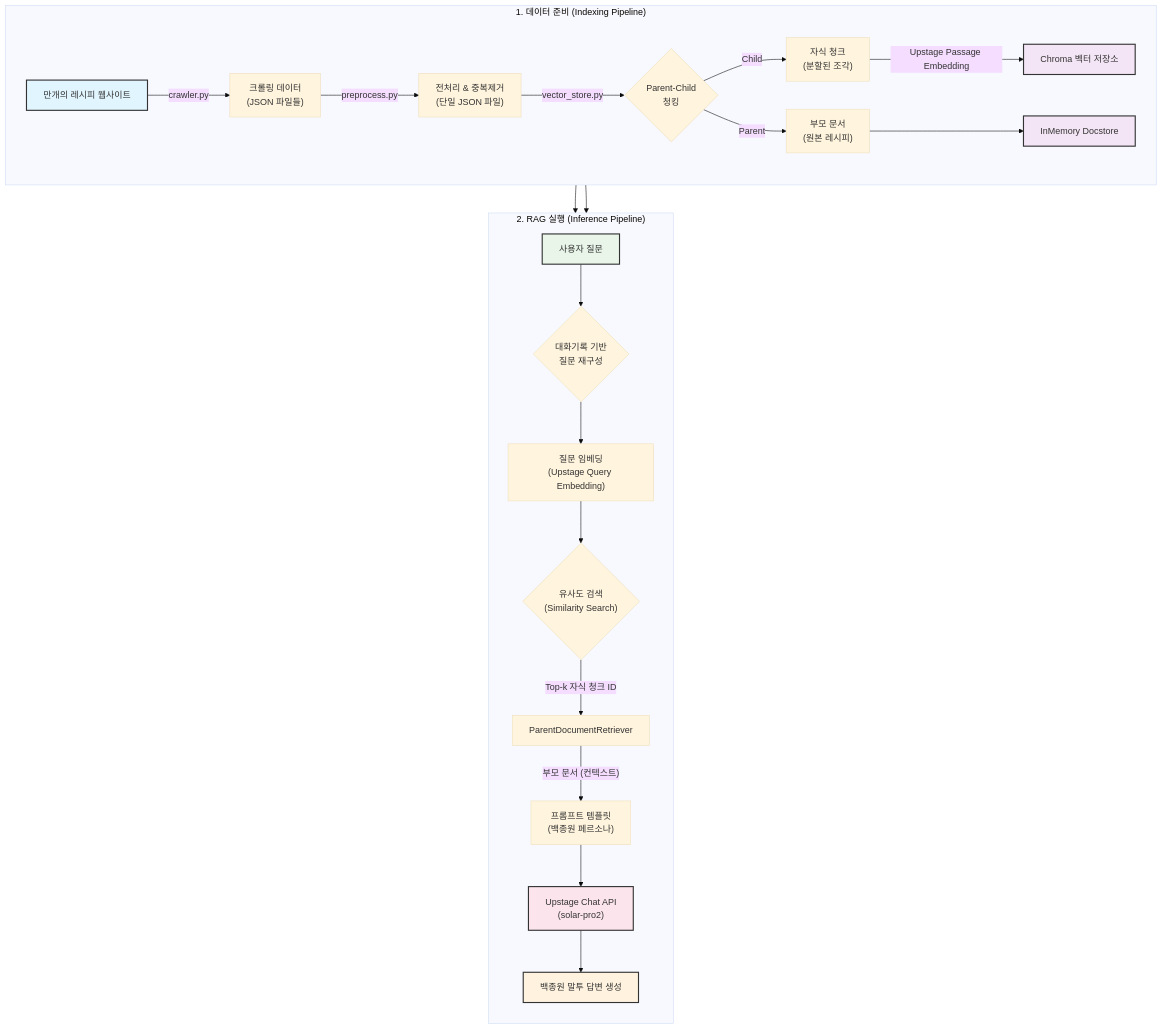
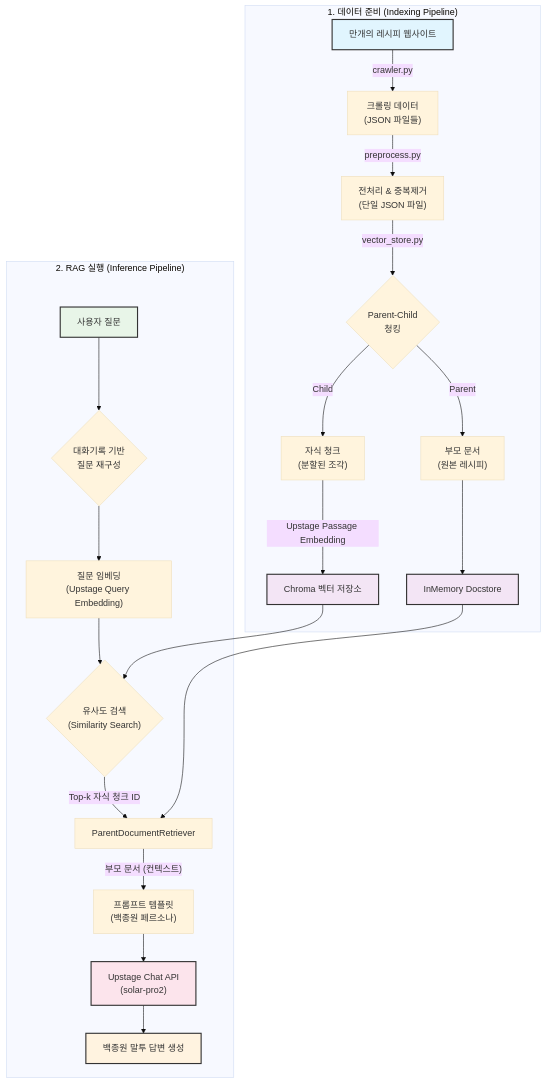
The diagram in README.md (ohseungtae/upstageailab-langchain-pjt-langchain_3), drawn with Mermaid (base theme) before and after one commit. The commit also changed other lines of this file, not shown here.

````diff
--- a/README.md
+++ b/README.md
@@ -176,33 +180,32 @@
 ```mermaid
 flowchart TD
-    subgraph "1. 데이터 준비 (Indexing Pipeline)"
-        direction LR
-        A["만개의 레시피 웹사이트"] -->|crawler.py| B["크롤링 데이터<br>(JSON 파일들)"]
-        B -->|preprocess.py| C["전처리 & 중복제거<br>(단일 JSON 파일)"]
-        C -->|vector_store.py| D{"Parent-Child<br>청킹"}
-        D -->|Parent| E["부모 문서<br>(원본 레시피)"]
-        D -->|Child| F["자식 청크<br>(분할된 조각)"]
+    subgraph indexing ["1. 데이터 준비 (Indexing Pipeline)"]
+        A["만개의 레시피 웹사이트"] -->|crawler.py| B["크롤링 데이터<br/>(JSON 파일들)"]
+        B -->|preprocess.py| C["전처리 & 중복제거<br/>(단일 JSON 파일)"]
+        C -->|vector_store.py| D{"Parent-Child<br/>청킹"}
+        D -->|Parent| E["부모 문서<br/>(원본 레시피)"]
+        D -->|Child| F["자식 청크<br/>(분할된 조각)"]
         F -->|Upstage Passage Embedding| G["Chroma 벡터 저장소"]
         E --> H["InMemory Docstore"]
     end
-
-    subgraph "2. RAG 실행 (Inference Pipeline)"
-        direction TD
-        J["사용자 질문"] --> K{"대화기록 기반<br>질문 재구성"}
-        K --> L["질문 임베딩<br>(Upstage Query Embedding)"]
-        L --> M{"유사도 검색<br>(Similarity Search)"}
-        G --> M
-        H --> N
+    
+    subgraph inference ["2. RAG 실행 (Inference Pipeline)"]
+        J["사용자 질문"] --> K{"대화기록 기반<br/>질문 재구성"}
+        K --> L["질문 임베딩<br/>(Upstage Query Embedding)"]
+        L --> M{"유사도 검색<br/>(Similarity Search)"}
         M -->|Top-k 자식 청크 ID| N["ParentDocumentRetriever"]
-        N -->|"부모 문서 (컨텍스트)"| O["프롬프트 템플릿<br>(백종원 페르소나)"]
-        O --> P["Upstage Chat API<br>(solar-pro2)"]
+        N -->|"부모 문서 (컨텍스트)"| O["프롬프트 템플릿<br/>(백종원 페르소나)"]
+        O --> P["Upstage Chat API<br/>(solar-pro2)"]
         P --> Q["백종원 말투 답변 생성"]
     end
-
+    
+    G --> M
+    H --> N
+    
     style A fill:#e1f5fe,stroke:#333,stroke-width:2px
     style J fill:#e8f5e8,stroke:#333,stroke-width:2px
     style G fill:#f3e5f5,stroke:#333,stroke-width:2px
     style H fill:#f3e5f5,stroke:#333,stroke-width:2px
     style Q fill:#fff3e0,stroke:#333,stroke-width:2px
     style P fill:#fce4ec,stroke:#333,stroke-width:2px
 ```
````
